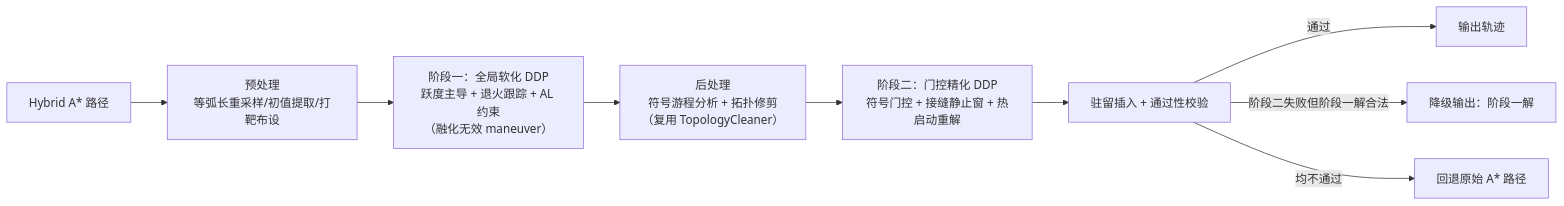
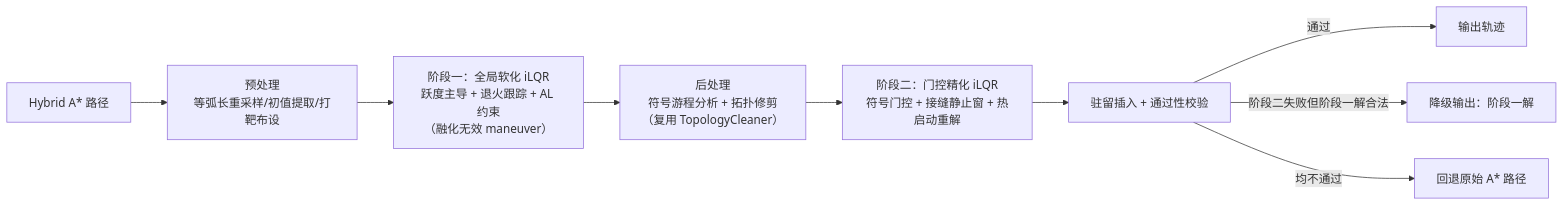
One commit to zw007981/APAPostProcessor changed the fourth of 6 diagrams in docs/architecture.md. Above: the diagram before and after it, drawn with Mermaid. The commit also changed other lines of this file and 41 other files, not shown here.

````diff
--- a/docs/architecture.md
+++ b/docs/architecture.md
@@ -322,11 +322,11 @@
 ```mermaid
 flowchart LR
     A["Hybrid A* 路径"] --> P["预处理<br/>等弧长重采样/初值提取/打靶布设"]
-    P --> S1["阶段一：全局软化 DDP<br/>跃度主导 + 退火跟踪 + AL 约束<br/>（融化无效 maneuver）"]
+    P --> S1["阶段一：全局软化 iLQR<br/>跃度主导 + 退火跟踪 + AL 约束<br/>（融化无效 maneuver）"]
     S1 --> PR["后处理<br/>符号游程分析 + 拓扑修剪<br/>（复用 TopologyCleaner）"]
-    PR --> S2["阶段二：门控精化 DDP<br/>符号门控 + 接缝静止窗 + 热启动重解"]
+    PR --> S2["阶段二：门控精化 iLQR<br/>符号门控 + 接缝静止窗 + 热启动重解"]
     S2 --> D["驻留插入 + 通过性校验"]
     D -->|通过| O["输出轨迹"]
     D -->|阶段二失败但阶段一解合法| O2["降级输出：阶段一解"]
     D -->|均不通过| F["回退原始 A* 路径"]
 ```
````
